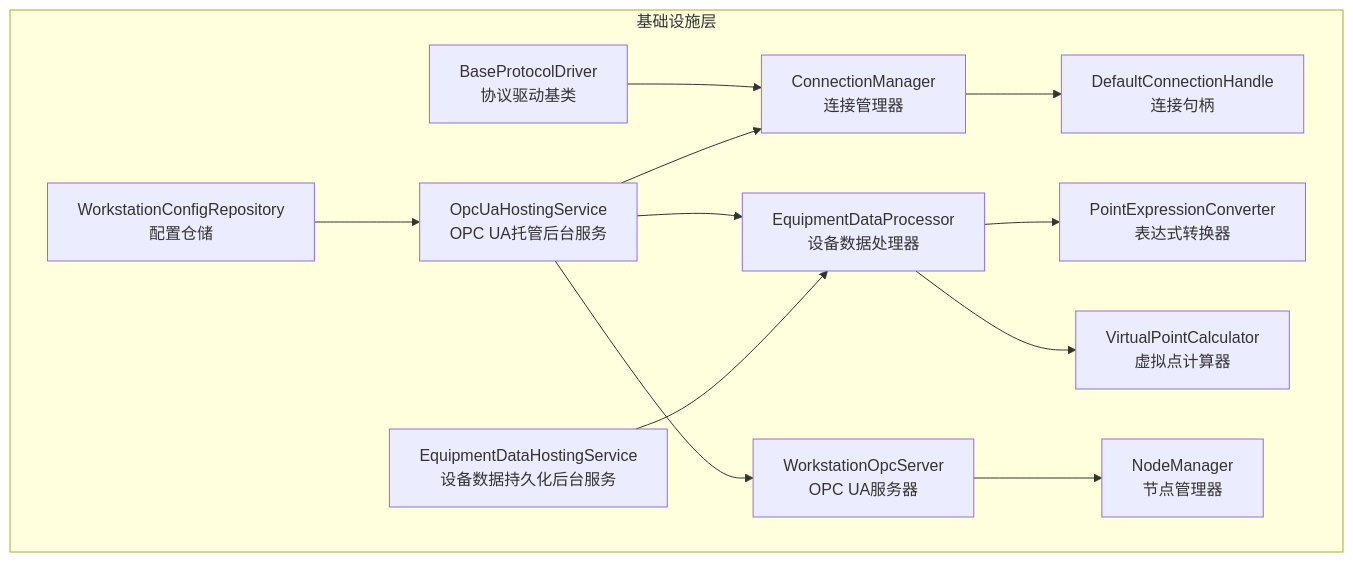
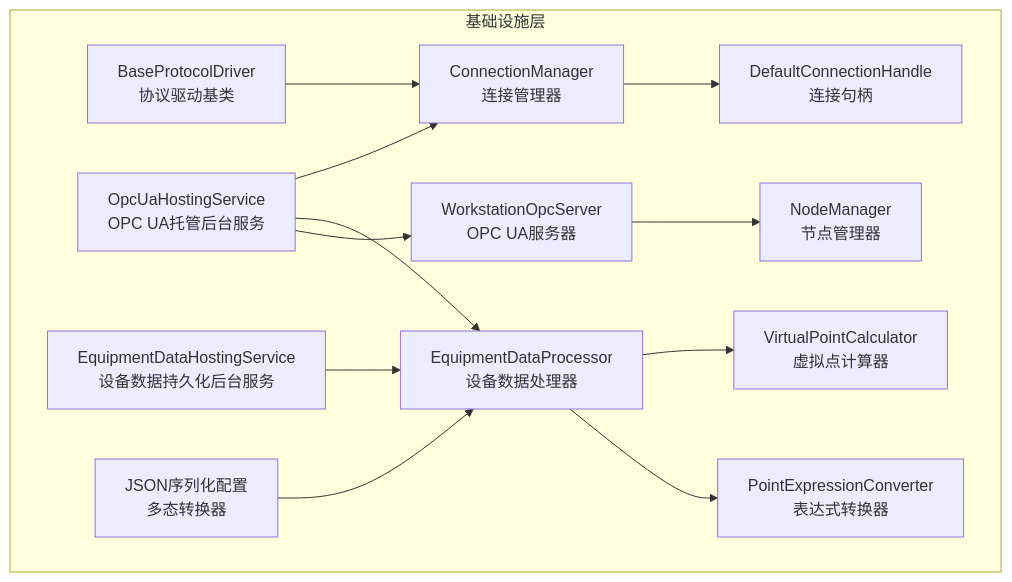
The first of 8 diagrams in .qoder/repowiki/zh/content/基础设施层.md (whitemousetl/IndustrialDataSolution), drawn with Mermaid before and after one commit. The commit also changed other lines of this file and 18 other files, not shown here.

````diff
--- a/.qoder/repowiki/zh/content/基础设施层.md
+++ b/.qoder/repowiki/zh/content/基础设施层.md
@@ -54,26 +60,26 @@
 ```mermaid
 graph TB
 subgraph "基础设施层"
 CM["ConnectionManager<br/>连接管理器"]
 CH["DefaultConnectionHandle<br/>连接句柄"]
 PD["BaseProtocolDriver<T><br/>协议驱动基类"]
 EDP["EquipmentDataProcessor<br/>设备数据处理器"]
 PEC["PointExpressionConverter<br/>表达式转换器"]
 VPC["VirtualPointCalculator<br/>虚拟点计算器"]
 OPS["WorkstationOpcServer<br/>OPC UA服务器"]
 NM["NodeManager<br/>节点管理器"]
 EDHS["EquipmentDataHostingService<br/>设备数据持久化后台服务"]
 OHS["OpcUaHostingService<br/>OPC UA托管后台服务"]
-WCR["WorkstationConfigRepository<br/>配置仓储"]
+JSON["JSON序列化配置<br/>多态转换器"]
 end
 CM --> CH
 PD --> CM
 EDP --> PEC
 EDP --> VPC
 OHS --> OPS
 OPS --> NM
 OHS --> EDP
 OHS --> CM
 EDHS --> EDP
-WCR --> OHS
+JSON --> EDP
 ```
````
